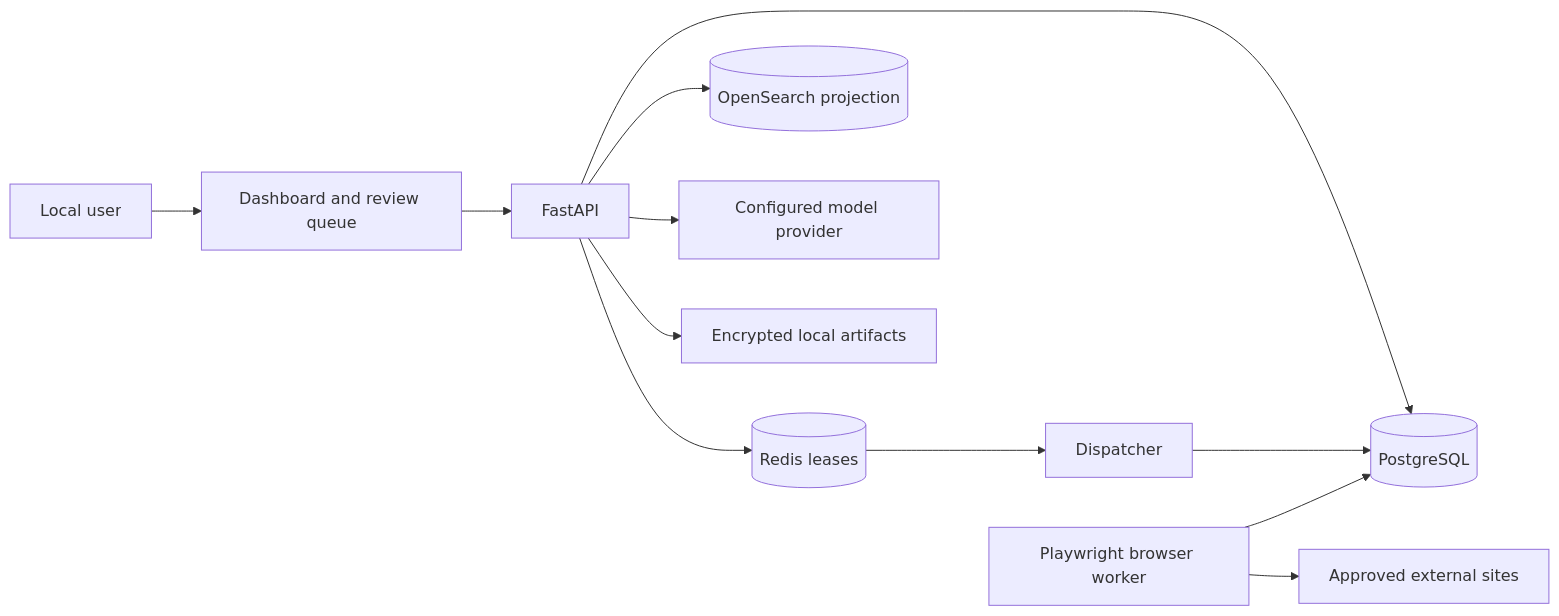
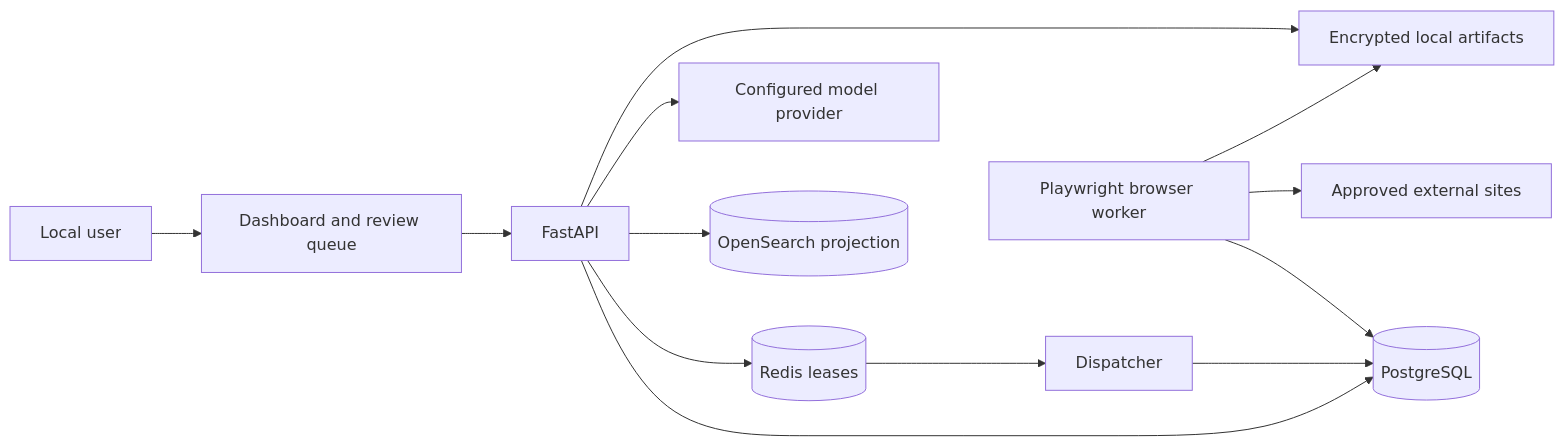
The diagram in docs/architecture.md (Sa1avatus/job-searching-assistant), drawn with Mermaid before and after one commit. The commit also changed other lines of this file and 1 other file, not shown here.

First line of the commit message:
docs: reflect visible sign-in moved to browser-worker

````diff
--- a/docs/architecture.md
+++ b/docs/architecture.md
@@ -11,14 +11,15 @@
 ```mermaid
 flowchart LR
     User["Local user"] --> UI["Dashboard and review queue"]
     UI --> API["FastAPI"]
     API --> DB[("PostgreSQL")]
     API --> Redis[("Redis leases")]
     API --> Search[("OpenSearch projection")]
     API --> Models["Configured model provider"]
     Redis --> Dispatcher["Dispatcher"]
     Dispatcher --> DB
     BrowserWorker["Playwright browser worker"] --> DB
     BrowserWorker --> Sites["Approved external sites"]
     API --> BrowserState["Encrypted local artifacts"]
+    BrowserWorker --> BrowserState
 ```
````
